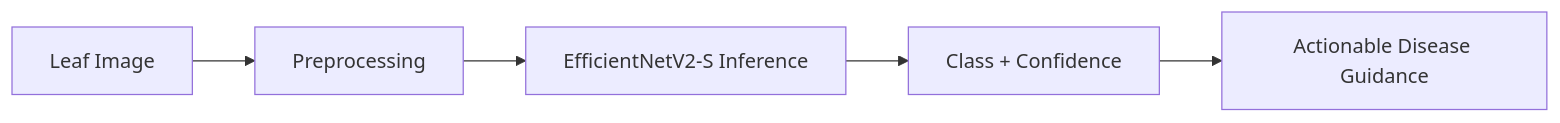
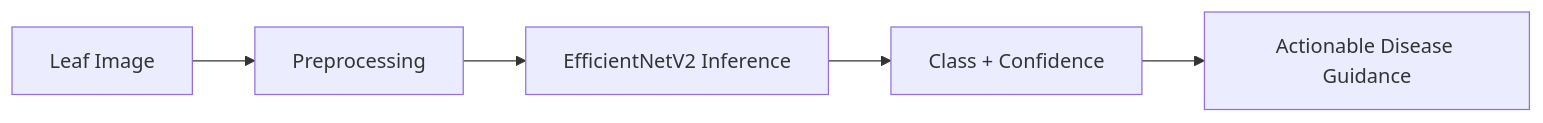
Before and after one commit to ItzSwapnil/Leaf_Disease_Detection: the first of 6 diagrams in README.md, drawn with Mermaid. The commit also changed other lines of this file and 96 other files, not shown here.

First line of the commit message:
Add reporting tools and training script for EfficientNetV2 model

````diff
--- a/README.md
+++ b/README.md
@@ -38,7 +37,7 @@
 ```mermaid
 flowchart LR
   A["Leaf Image"] --> B["Preprocessing"]
-  B --> C["EfficientNetV2-S Inference"]
+  B --> C["EfficientNetV2 Inference"]
   C --> D["Class + Confidence"]
   D --> E["Actionable Disease Guidance"]
 ```
````
